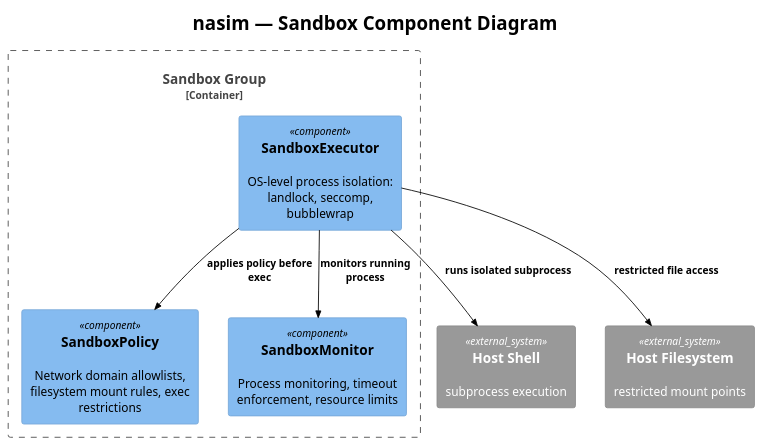
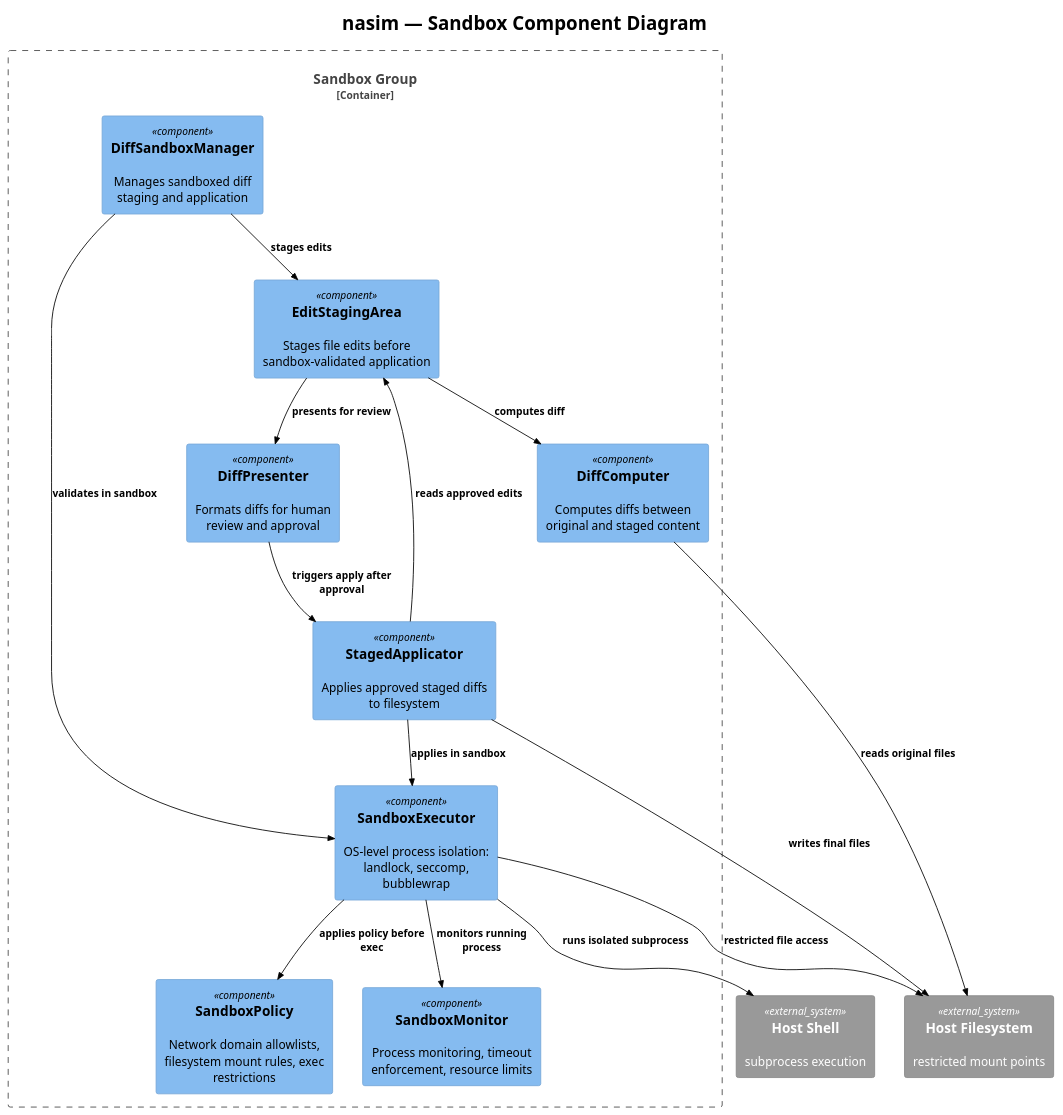
One commit to salimnamvar/nasim changed the diagram in docs/C4/c4_nasim_component_sandbox.puml. Above: the diagram before and after it, drawn with PlantUML. The commit also changed 52 other files, not shown here.

First line of the commit message:
docs: Add new use cases and diagrams for evaluation, repo intelligence, and wire log management

```diff
--- a/docs/C4/c4_nasim_component_sandbox.puml
+++ b/docs/C4/c4_nasim_component_sandbox.puml
@@ -1,31 +1,46 @@
+@startuml c4_nasim_component_sandbox
 !include https://raw.githubusercontent.com/plantuml-stdlib/C4-PlantUML/master/C4_Component.puml
 !theme plain
 
 
 ' ============================================================
 ' Title:     nasim — Sandbox Component Diagram
 ' Boundary:  nasim core library — Sandbox group
-' Purpose:   OS-level process isolation for shell command execution
+' Purpose:   OS-level process isolation and diff staging for shell and edit operations
 ' Milestone: v1.0
-' Version:   5.0.0
-' Source:    docs/prompt/p1.md — corrective architecture review
-' Review:    docs/audit/audit.2026.06.20.comprehensive.reference.audit.md
+' Version:   6.0.0
+' Source:    docs/audit/audit.2026.06.20.deep.domain.audit.md
+' Review:    —
 ' ============================================================
 
 title nasim — Sandbox Component Diagram
 
 Container_Boundary(sandbox_boundary, "Sandbox Group") {
     Component(sandbox_executor, "SandboxExecutor", "", "OS-level process isolation: landlock, seccomp, bubblewrap")
     Component(sandbox_policy, "SandboxPolicy", "", "Network domain allowlists, filesystem mount rules, exec restrictions")
     Component(sandbox_monitor, "SandboxMonitor", "", "Process monitoring, timeout enforcement, resource limits")
+    Component(diff_sandbox_mgr, "DiffSandboxManager", "", "Manages sandboxed diff staging and application")
+    Component(edit_staging_area, "EditStagingArea", "", "Stages file edits before sandbox-validated application")
+    Component(diff_computer, "DiffComputer", "", "Computes diffs between original and staged content")
+    Component(diff_presenter, "DiffPresenter", "", "Formats diffs for human review and approval")
+    Component(staged_applicator, "StagedApplicator", "", "Applies approved staged diffs to filesystem")
 }
 
 System_Ext(host_shell, "Host Shell", "subprocess execution")
 System_Ext(host_fs, "Host Filesystem", "restricted mount points")
 
 Rel(sandbox_executor, sandbox_policy, "applies policy before exec")
 Rel(sandbox_executor, sandbox_monitor, "monitors running process")
 Rel(sandbox_executor, host_shell, "runs isolated subprocess")
 Rel(sandbox_executor, host_fs, "restricted file access")
+Rel(diff_sandbox_mgr, edit_staging_area, "stages edits")
+Rel(diff_sandbox_mgr, sandbox_executor, "validates in sandbox")
+Rel(edit_staging_area, diff_computer, "computes diff")
+Rel(edit_staging_area, diff_presenter, "presents for review")
+Rel(diff_computer, host_fs, "reads original files")
+Rel(staged_applicator, edit_staging_area, "reads approved edits")
+Rel(staged_applicator, sandbox_executor, "applies in sandbox")
+Rel(staged_applicator, host_fs, "writes final files")
+Rel(diff_presenter, staged_applicator, "triggers apply after approval")
 
 @enduml
```
